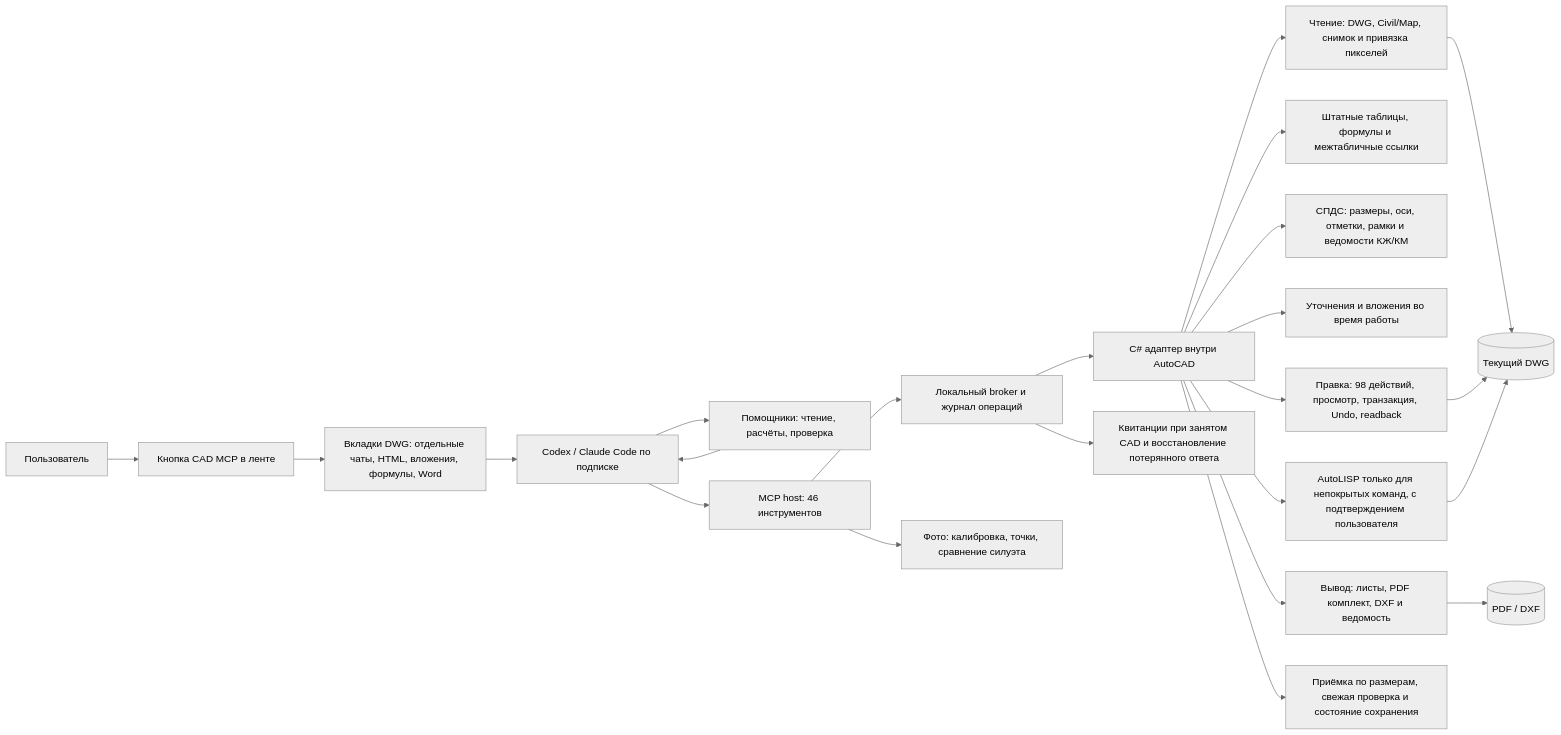
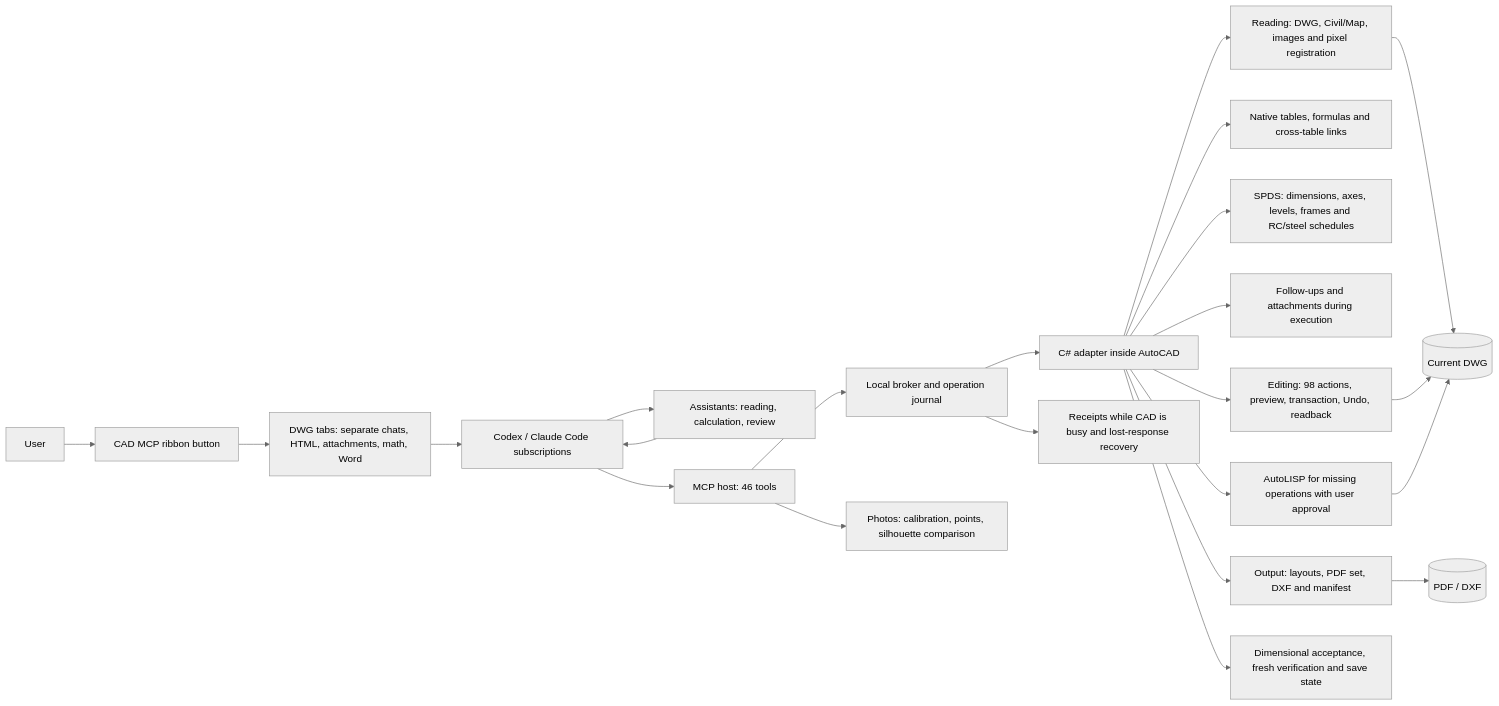
The diagram in docs/capabilities.md (debug23win/autocad-mcp), drawn with Mermaid (neutral theme) before and after one commit. The commit also changed other lines of this file and 105 other files, not shown here.

First line of the commit message:
Release 0.11.8-preview: reviewed recovery, diagnostics and localization

````diff
--- a/docs/capabilities.md
+++ b/docs/capabilities.md
@@ -3,25 +3,25 @@
 ```mermaid
 flowchart LR
-    U[Пользователь] --> R[Кнопка CAD MCP в ленте]
-    R --> C[Вкладки DWG: отдельные чаты, HTML, вложения, формулы, Word]
-    C --> P[Codex / Claude Code по подписке]
-    P --> H[Помощники: чтение, расчёты, проверка]
+    U[User] --> R[CAD MCP ribbon button]
+    R --> C[DWG tabs: separate chats, HTML, attachments, math, Word]
+    C --> P[Codex / Claude Code subscriptions]
+    P --> H[Assistants: reading, calculation, review]
     H --> P
-    P --> M[MCP host: 46 инструментов]
-    M --> B[Локальный broker и журнал операций]
-    B --> A[C# адаптер внутри AutoCAD]
-    A --> Q[Чтение: DWG, Civil/Map, снимок и привязка пикселей]
-    A --> T[Штатные таблицы, формулы и межтабличные ссылки]
-    A --> G[СПДС: размеры, оси, отметки, рамки и ведомости КЖ/КМ]
-    A --> S[Уточнения и вложения во время работы]
-    A --> E[Правка: 98 действий, просмотр, транзакция, Undo, readback]
-    A --> X[Вывод: листы, PDF комплект, DXF и ведомость]
-    A --> F[AutoLISP только для непокрытых команд, с подтверждением пользователя]
-    M --> V[Фото: калибровка, точки, сравнение силуэта]
-    A --> K[Приёмка по размерам, свежая проверка и состояние сохранения]
-    B --> J[Квитанции при занятом CAD и восстановление потерянного ответа]
-    Q --> D[(Текущий DWG)]
+    P --> M[MCP host: 46 tools]
+    M --> B[Local broker and operation journal]
+    B --> A[C# adapter inside AutoCAD]
+    A --> Q[Reading: DWG, Civil/Map, images and pixel registration]
+    A --> T[Native tables, formulas and cross-table links]
+    A --> G[SPDS: dimensions, axes, levels, frames and RC/steel schedules]
+    A --> S[Follow-ups and attachments during execution]
+    A --> E[Editing: 98 actions, preview, transaction, Undo, readback]
+    A --> X[Output: layouts, PDF set, DXF and manifest]
+    A --> F[AutoLISP for missing operations with user approval]
+    M --> V[Photos: calibration, points, silhouette comparison]
+    A --> K[Dimensional acceptance, fresh verification and save state]
+    B --> J[Receipts while CAD is busy and lost-response recovery]
+    Q --> D[(Current DWG)]
     E --> D
     X --> O[(PDF / DXF)]
     F --> D
 ```
````
